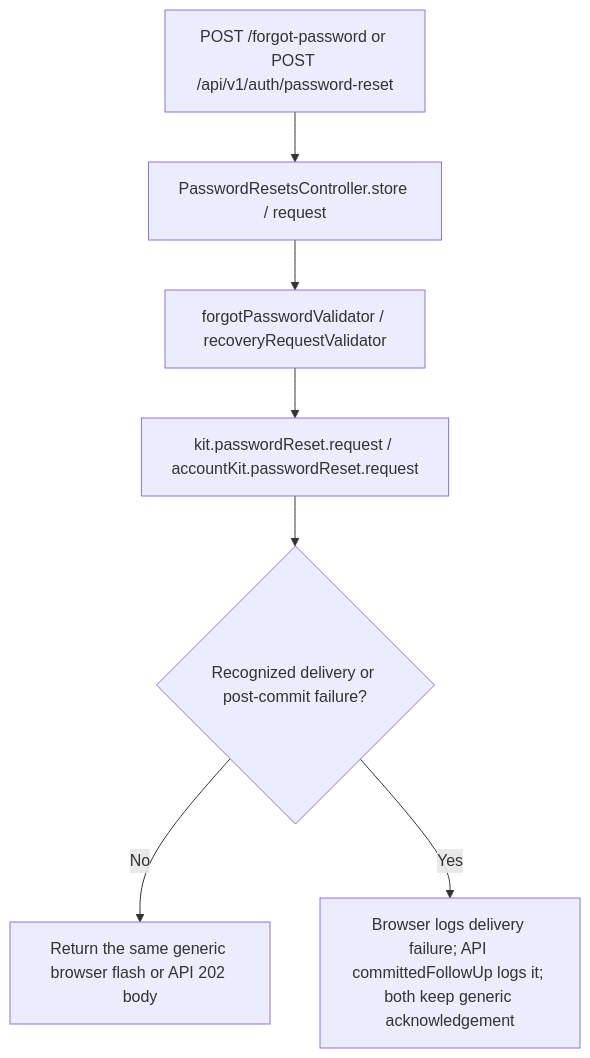
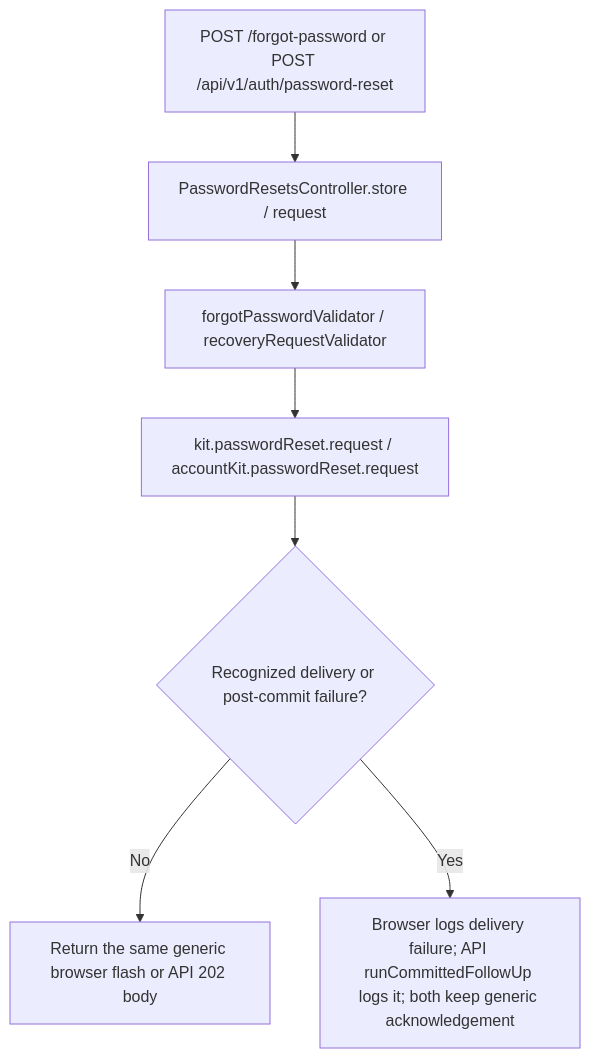
Before and after one commit to Kevinjohn/oss-adonisjs-starter-examples: the second of 2 diagrams in user-stories/accounts/us-account-08-request-password-reset.md, drawn with Mermaid. The commit also changed 27 other files, not shown here.

````diff
--- a/user-stories/accounts/us-account-08-request-password-reset.md
+++ b/user-stories/accounts/us-account-08-request-password-reset.md
@@ -41,9 +41,9 @@
 ```mermaid
 flowchart TD
     A["POST /forgot-password or POST /api/v1/auth/password-reset"] --> B["PasswordResetsController.store / request"]
     B --> C["forgotPasswordValidator / recoveryRequestValidator"]
     C --> D["kit.passwordReset.request / accountKit.passwordReset.request"]
     D --> E{"Recognized delivery or post-commit failure?"}
     E -->|No| F["Return the same generic browser flash or API 202 body"]
-    E -->|Yes| G["Browser logs delivery failure; API committedFollowUp logs it; both keep generic acknowledgement"]
+    E -->|Yes| G["Browser logs delivery failure; API runCommittedFollowUp logs it; both keep generic acknowledgement"]
 ```
````
